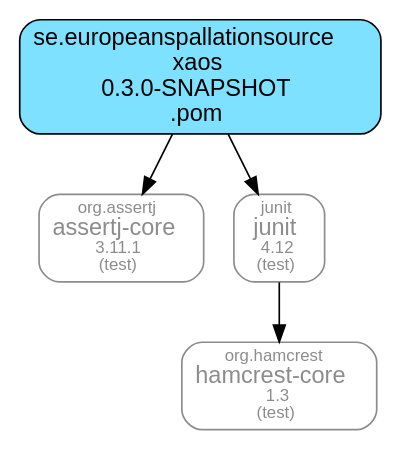
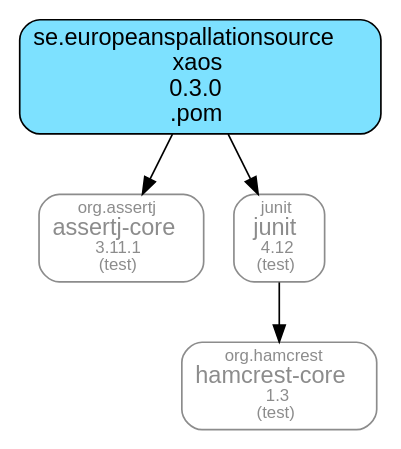
One commit to ESSICS/XAOS changed the diagram in doc/maven-dependencies.dot. Above: the diagram before and after it, drawn with Graphviz. The commit also changed 15 other files, not shown here.

```diff
--- a/doc/maven-dependencies.dot
+++ b/doc/maven-dependencies.dot
@@ -1,15 +1,15 @@
 digraph "xaos" {
   node [shape="box",style="rounded",fontname="Helvetica",fontsize="14"]
   edge [fontsize="10",fontname="Helvetica"]
 
   // Node Definitions:
-  "se.europeanspallationsource:xaos:pom"[shape="box",style="rounded, filled",fillcolor="#7DE1FF",label=<se.europeanspallationsource<br/>xaos<br/>0.3.0-SNAPSHOT<br/>.pom>]
+  "se.europeanspallationsource:xaos:pom"[shape="box",style="rounded, filled",fillcolor="#7DE1FF",label=<se.europeanspallationsource<br/>xaos<br/>0.3.0<br/>.pom>]
   "org.assertj:assertj-core:jar"[shape="box",style="rounded",color="grey55",fontname="Helvetica",fontsize="14",fontcolor="grey55",label=<<font color="grey55" point-size="10">org.assertj</font><br/>assertj-core<font color="grey55" point-size="10"><br/>3.11.1</font><font color="grey55" point-size="10"><br/>(test)</font>>]
   "junit:junit:jar"[shape="box",style="rounded",color="grey55",fontname="Helvetica",fontsize="14",fontcolor="grey55",label=<<font color="grey55" point-size="10">junit</font><br/>junit<font color="grey55" point-size="10"><br/>4.12</font><font color="grey55" point-size="10"><br/>(test)</font>>]
   "org.hamcrest:hamcrest-core:jar"[shape="box",style="rounded",color="grey55",fontname="Helvetica",fontsize="14",fontcolor="grey55",label=<<font color="grey55" point-size="10">org.hamcrest</font><br/>hamcrest-core<font color="grey55" point-size="10"><br/>1.3</font><font color="grey55" point-size="10"><br/>(test)</font>>]
 
   // Edge Definitions:
   "se.europeanspallationsource:xaos:pom" -> "org.assertj:assertj-core:jar"
   "junit:junit:jar" -> "org.hamcrest:hamcrest-core:jar"
   "se.europeanspallationsource:xaos:pom" -> "junit:junit:jar"
 }
```
